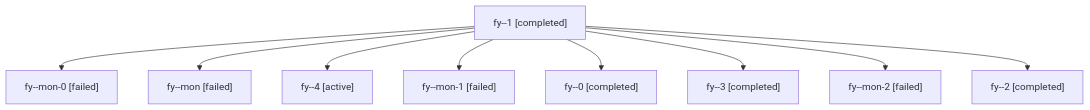
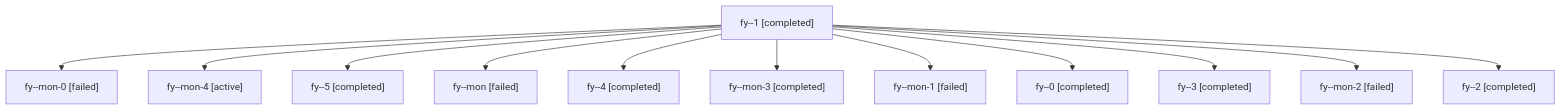
One commit to bobs-org/bob-cli--agents changed the diagram in sessions/bbugyi200.apollo.fy.md. Above: the diagram before and after it, drawn with Mermaid. The commit also changed other lines of this file and 29 other files, not shown here.

````diff
--- a/sessions/bbugyi200.apollo.fy.md
+++ b/sessions/bbugyi200.apollo.fy.md
@@ -9,20 +9,26 @@
 ```mermaid
 flowchart TD
   n0["fy--1 [completed]"]
   n1["fy--mon-0 [failed]"]
   n0 --> n1
-  n2["fy--mon [failed]"]
+  n2["fy--mon-4 [active]"]
   n0 --> n2
-  n3["fy--4 [active]"]
+  n3["fy--5 [completed]"]
   n0 --> n3
-  n4["fy--mon-1 [failed]"]
+  n4["fy--mon [failed]"]
   n0 --> n4
-  n5["fy--0 [completed]"]
+  n5["fy--4 [completed]"]
   n0 --> n5
-  n6["fy--3 [completed]"]
+  n6["fy--mon-3 [completed]"]
   n0 --> n6
-  n7["fy--mon-2 [failed]"]
+  n7["fy--mon-1 [failed]"]
   n0 --> n7
-  n8["fy--2 [completed]"]
+  n8["fy--0 [completed]"]
   n0 --> n8
+  n9["fy--3 [completed]"]
+  n0 --> n9
+  n10["fy--mon-2 [failed]"]
+  n0 --> n10
+  n11["fy--2 [completed]"]
+  n0 --> n11
 ```
````
